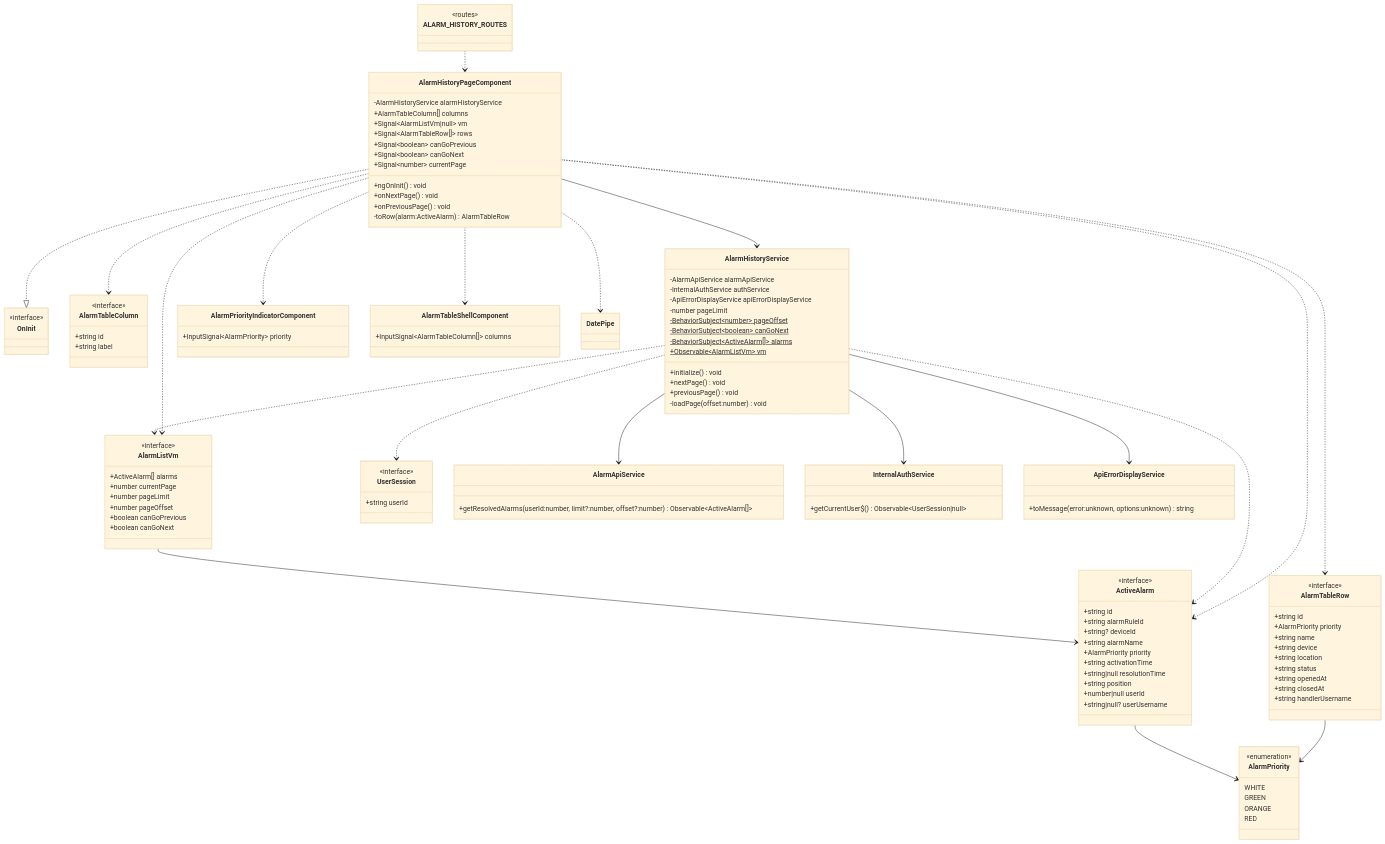
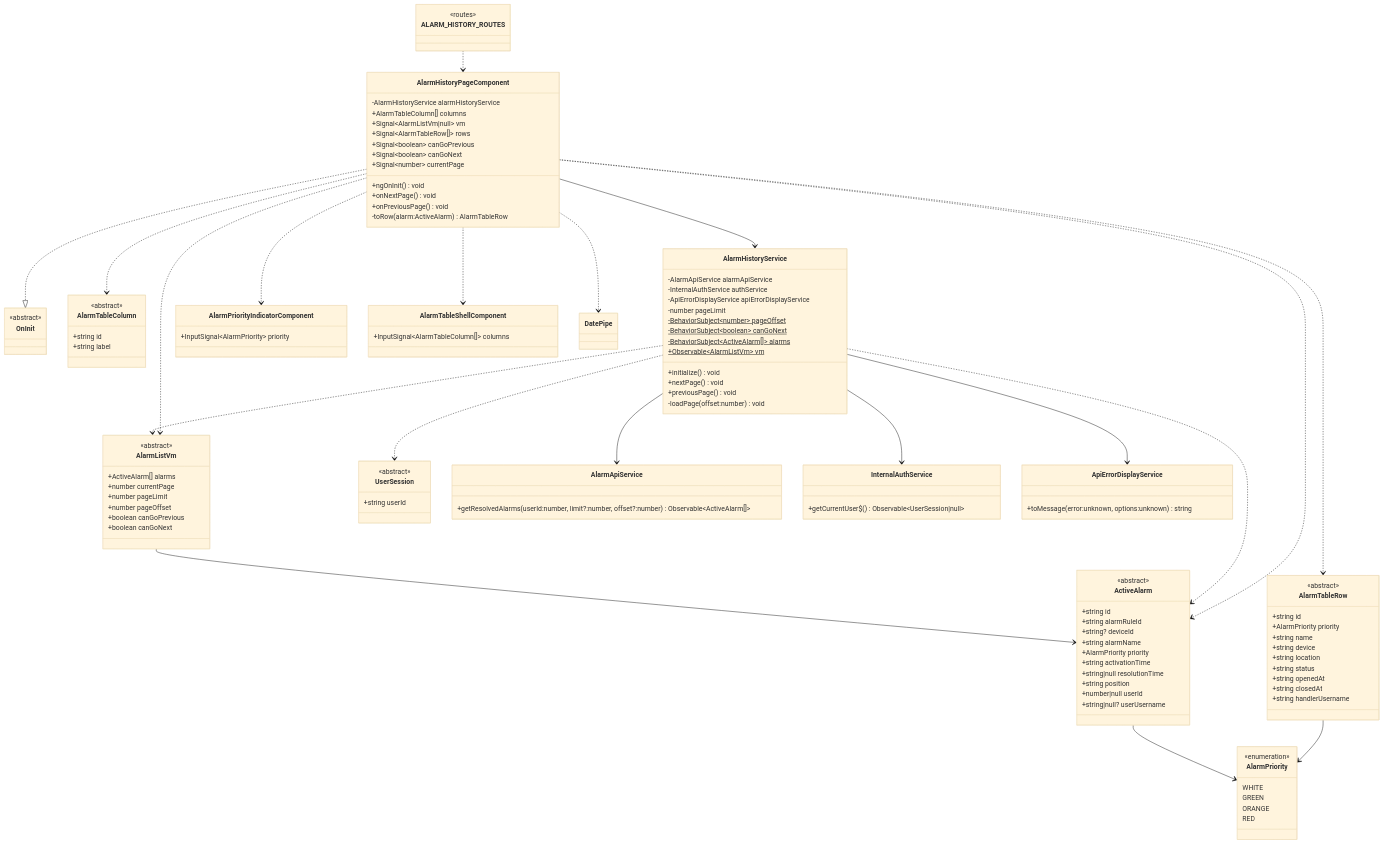
Before and after one commit to SnakeByteTeam/MVP: the diagram in frontend/src/app/features/alarm-history/diagramma-alarm-history.mmd, drawn with Mermaid (base theme). The commit also changed 18 other files, not shown here.

Commit message:
update UML

```diff
--- a/frontend/src/app/features/alarm-history/diagramma-alarm-history.mmd
+++ b/frontend/src/app/features/alarm-history/diagramma-alarm-history.mmd
@@ -1,140 +1,140 @@
 classDiagram
     class OnInit {
-        <<interface>>
+        <<abstract>>
     }
 
     class AlarmPriority {
         <<enumeration>>
         WHITE
         GREEN
         ORANGE
         RED
     }
 
     class ActiveAlarm {
-        <<interface>>
+        <<abstract>>
         +string id
         +string alarmRuleId
         +string? deviceId
         +string alarmName
         +AlarmPriority priority
         +string activationTime
         +string|null resolutionTime
         +string position
         +number|null userId
         +string|null? userUsername
     }
 
     class AlarmListVm {
-        <<interface>>
+        <<abstract>>
         +ActiveAlarm[] alarms
         +number currentPage
         +number pageLimit
         +number pageOffset
         +boolean canGoPrevious
         +boolean canGoNext
     }
 
     class AlarmTableRow {
-        <<interface>>
+        <<abstract>>
         +string id
         +AlarmPriority priority
         +string name
         +string device
         +string location
         +string status
         +string openedAt
         +string closedAt
         +string handlerUsername
     }
 
     class AlarmTableColumn {
-        <<interface>>
+        <<abstract>>
         +string id
         +string label
     }
 
     class UserSession {
-        <<interface>>
+        <<abstract>>
         +string userId
     }
 
     class AlarmApiService {
         +getResolvedAlarms(userId:number, limit?:number, offset?:number) Observable~ActiveAlarm[]~
     }
 
     class InternalAuthService {
         +getCurrentUser$() Observable~UserSession|null~
     }
 
     class ApiErrorDisplayService {
         +toMessage(error:unknown, options:unknown) string
     }
 
     class AlarmHistoryService {
         -AlarmApiService alarmApiService
         -InternalAuthService authService
         -ApiErrorDisplayService apiErrorDisplayService
         -number pageLimit
         -BehaviorSubject~number~ pageOffset$
         -BehaviorSubject~boolean~ canGoNext$
         -BehaviorSubject~ActiveAlarm[]~ alarms$
         +Observable~AlarmListVm~ vm$
         +initialize() void
         +nextPage() void
         +previousPage() void
         -loadPage(offset:number) void
     }
 
     class AlarmPriorityIndicatorComponent {
         +InputSignal~AlarmPriority~ priority
     }
 
     class AlarmTableShellComponent {
         +InputSignal~AlarmTableColumn[]~ columns
     }
 
     class DatePipe {
     }
 
     class AlarmHistoryPageComponent {
         -AlarmHistoryService alarmHistoryService
         +AlarmTableColumn[] columns
         +Signal~AlarmListVm|null~ vm
         +Signal~AlarmTableRow[]~ rows
         +Signal~boolean~ canGoPrevious
         +Signal~boolean~ canGoNext
         +Signal~number~ currentPage
         +ngOnInit() void
         +onNextPage() void
         +onPreviousPage() void
         -toRow(alarm:ActiveAlarm) AlarmTableRow
     }
 
     class ALARM_HISTORY_ROUTES {
         <<routes>>
     }
 
     AlarmHistoryPageComponent ..|> OnInit
 
     ActiveAlarm --> AlarmPriority
     AlarmListVm --> ActiveAlarm
     AlarmTableRow --> AlarmPriority
 
     AlarmHistoryService --> AlarmApiService
     AlarmHistoryService --> InternalAuthService
     AlarmHistoryService --> ApiErrorDisplayService
     AlarmHistoryService ..> AlarmListVm
     AlarmHistoryService ..> ActiveAlarm
     AlarmHistoryService ..> UserSession
 
     AlarmHistoryPageComponent --> AlarmHistoryService
     AlarmHistoryPageComponent ..> AlarmListVm
     AlarmHistoryPageComponent ..> AlarmTableRow
     AlarmHistoryPageComponent ..> ActiveAlarm
     AlarmHistoryPageComponent ..> AlarmTableColumn
     AlarmHistoryPageComponent ..> AlarmPriorityIndicatorComponent
     AlarmHistoryPageComponent ..> AlarmTableShellComponent
     AlarmHistoryPageComponent ..> DatePipe
 
     ALARM_HISTORY_ROUTES ..> AlarmHistoryPageComponent
```
